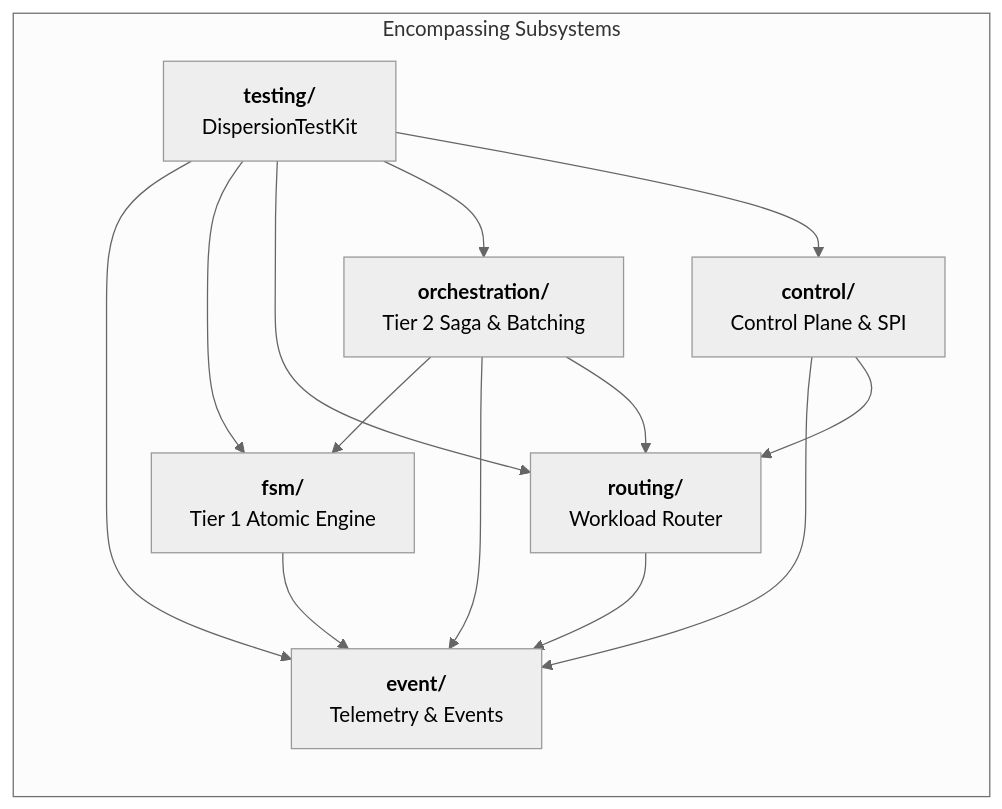
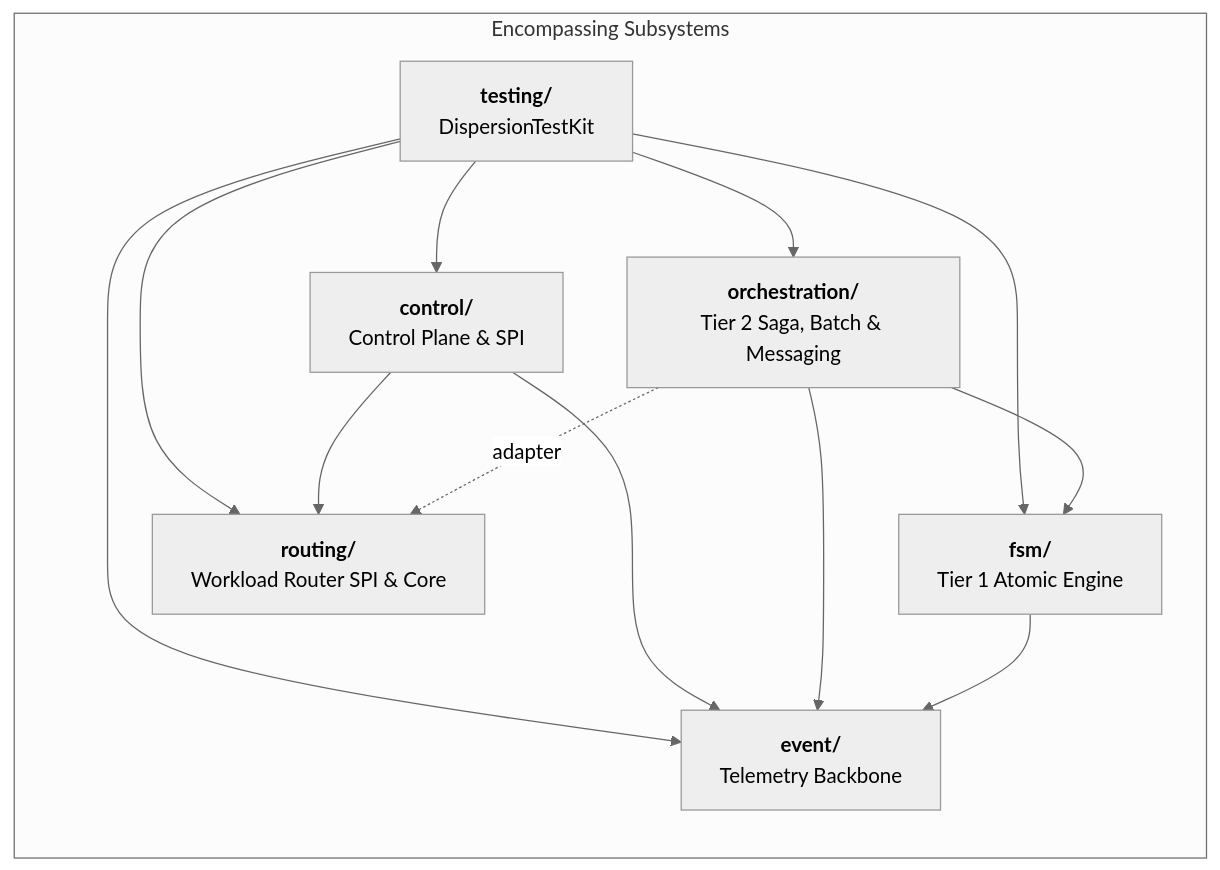
Before and after one commit to f442y/dispersion: the second of 2 diagrams in README.md, drawn with Mermaid (neutral theme). The commit also changed other lines of this file and 58 other files, not shown here.

Commit message:
refactor(arch): decouple routing and event hierarchy, decompose orchestration into nested batch and messaging modules

````diff
--- a/README.md
+++ b/README.md
@@ -353,17 +353,17 @@
 ```mermaid
 graph LR
     subgraph Subsystems["Encompassing Subsystems"]
-        E["<b>event/</b><br/>Telemetry & Events"]
+        E["<b>event/</b><br/>Telemetry Backbone"]
         F["<b>fsm/</b><br/>Tier 1 Atomic Engine"]
-        R["<b>routing/</b><br/>Workload Router"]
-        O["<b>orchestration/</b><br/>Tier 2 Saga & Batching"]
+        R["<b>routing/</b><br/>Workload Router SPI & Core"]
+        O["<b>orchestration/</b><br/>Tier 2 Saga, Batch & Messaging"]
         C["<b>control/</b><br/>Control Plane & SPI"]
         T["<b>testing/</b><br/>DispersionTestKit"]
     end
 
     F --> E
-    R --> E
-    O --> F & E & R
+    O --> F & E
+    O -.->|adapter| R
     C --> E & R
     T --> E & F & R & O & C
 ```
````
